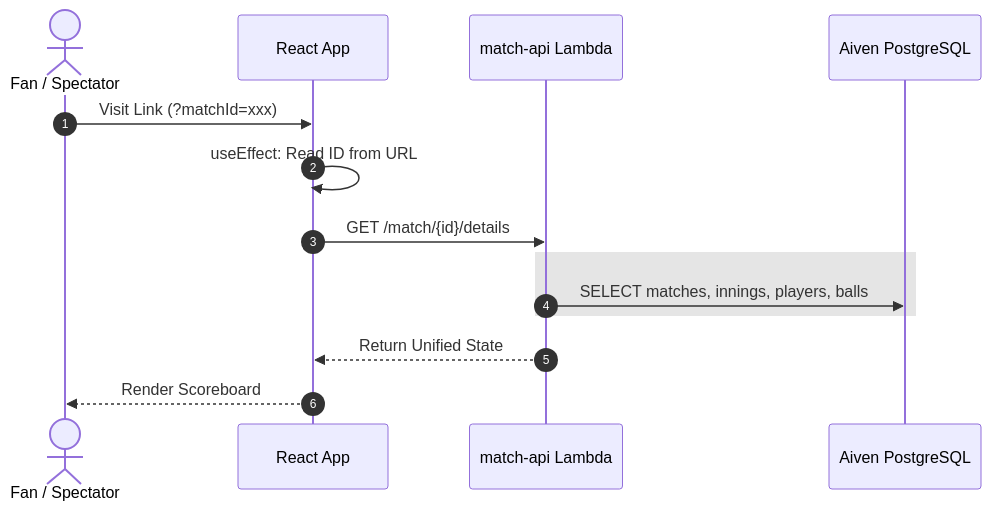
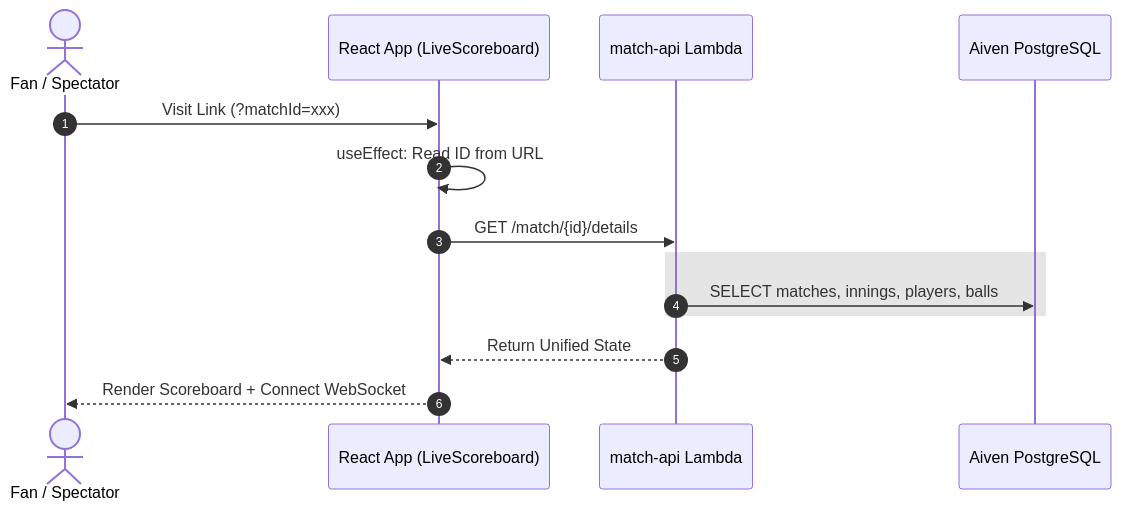
One commit to venkatesh-singamsetty/cricscore changed the second of 3 diagrams in docs/architecture.md. Above: the diagram before and after it, drawn with Mermaid. The commit also changed other lines of this file and 3 other files, not shown here.

Commit message:
docs: streamline fan-out architecture diagrams, cost governance, and observability suite

````diff
--- a/docs/architecture.md
+++ b/docs/architecture.md
@@ -9,17 +50,17 @@
 ```mermaid
 sequenceDiagram
     autonumber
     actor Viewer as Fan / Spectator
-    participant App as React App
+    participant App as React App (LiveScoreboard)
     participant Lambda as match-api Lambda
     participant Aiven_PG as Aiven PostgreSQL
 
     Viewer->>App: Visit Link (?matchId=xxx)
     App->>App: useEffect: Read ID from URL
     App->>Lambda: GET /match/{id}/details
     rect rgb(0, 0, 0, 0.1)
         Lambda->>Aiven_PG: SELECT matches, innings, players, balls
     end
     Lambda-->>App: Return Unified State
-    App-->>Viewer: Render Scoreboard
+    App-->>Viewer: Render Scoreboard + Connect WebSocket
 ```
````
